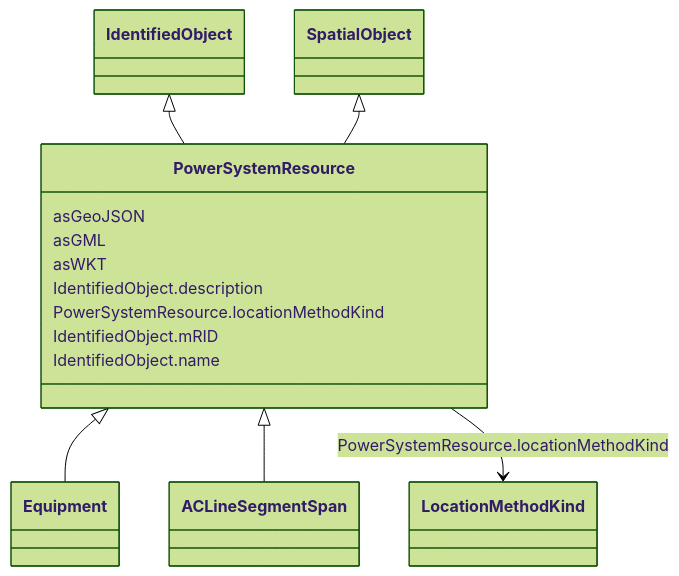
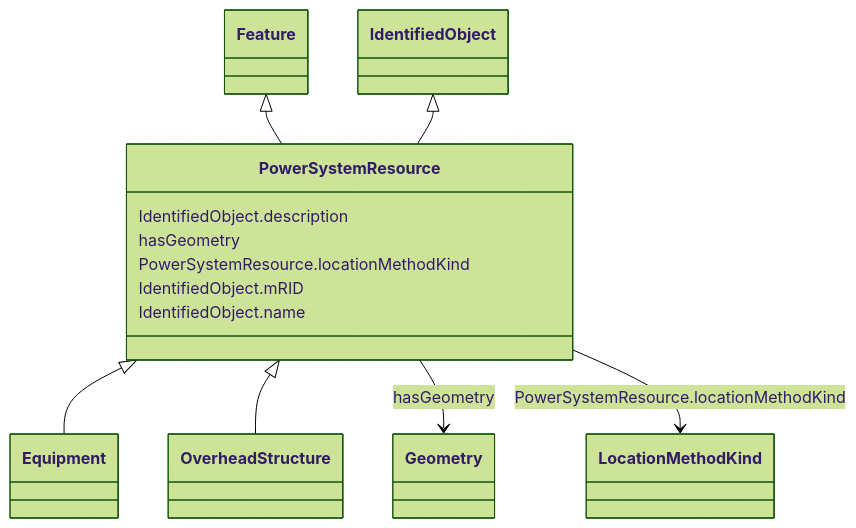
One commit to 3lbits/NoCIMExtensions changed the diagram in docs/AviationObstacle/PowerSystemResource.md. Above: the diagram before and after it, drawn with Mermaid (forest theme). The commit also changed other lines of this file and 61 other files, not shown here.

````diff
--- a/docs/AviationObstacle/PowerSystemResource.md
+++ b/docs/AviationObstacle/PowerSystemResource.md
@@ -18,35 +18,34 @@
 ```mermaid
  classDiagram
     class PowerSystemResource
     click PowerSystemResource href "../PowerSystemResource"
+      Feature <|-- PowerSystemResource
+        click Feature href "../Feature"
       IdentifiedObject <|-- PowerSystemResource
         click IdentifiedObject href "../IdentifiedObject"
-      SpatialObject <|-- PowerSystemResource
-        click SpatialObject href "../SpatialObject"
       
 
       PowerSystemResource <|-- Equipment
         click Equipment href "../Equipment"
-      PowerSystemResource <|-- ACLineSegmentSpan
-        click ACLineSegmentSpan href "../ACLineSegmentSpan"
+      PowerSystemResource <|-- OverheadStructure
+        click OverheadStructure href "../OverheadStructure"
       
       
-      PowerSystemResource : asGeoJSON
+      PowerSystemResource : IdentifiedObject.description
         
-      PowerSystemResource : asGML
+      PowerSystemResource : hasGeometry
         
-      PowerSystemResource : asWKT
-        
-      PowerSystemResource : IdentifiedObject.description
+          PowerSystemResource --> Geometry : hasGeometry
+          click Geometry href "../Geometry"
         
       PowerSystemResource : PowerSystemResource.locationMethodKind
         
           PowerSystemResource --> LocationMethodKind : PowerSystemResource.locationMethodKind
           click LocationMethodKind href "../LocationMethodKind"
         
       PowerSystemResource : IdentifiedObject.mRID
         
       PowerSystemResource : IdentifiedObject.name
         
       
 ```
````
